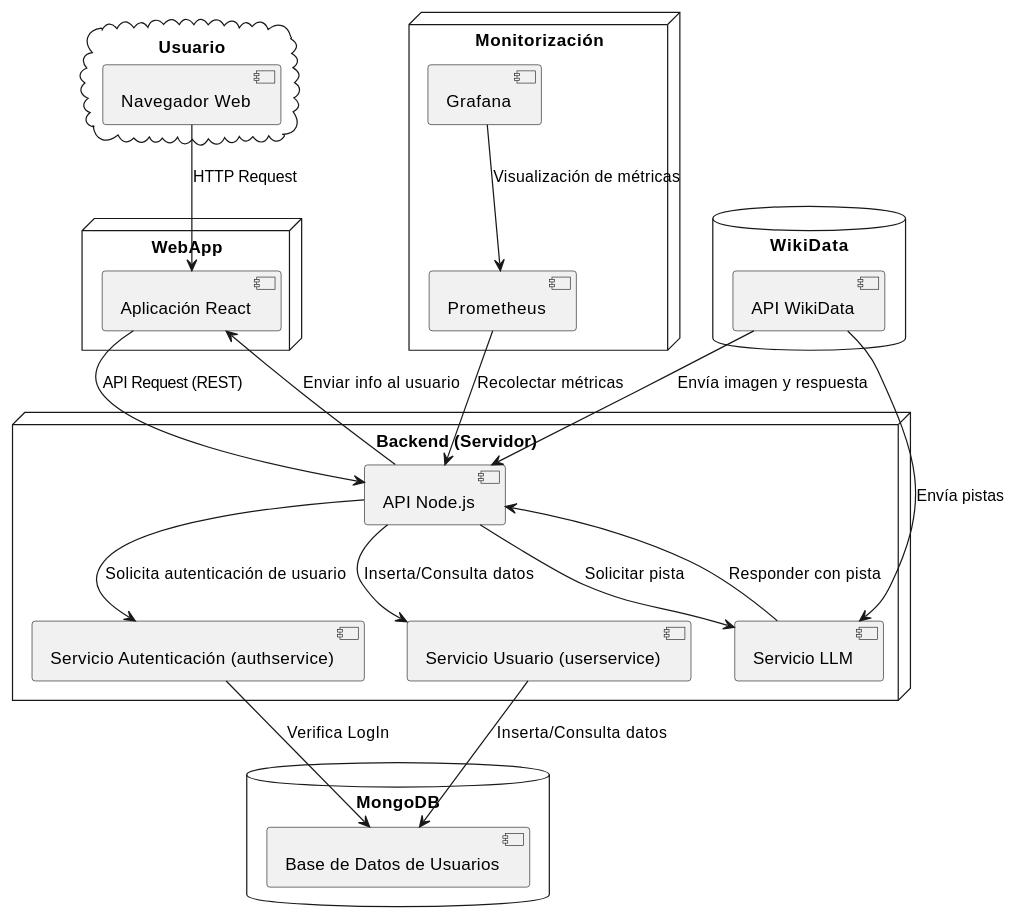
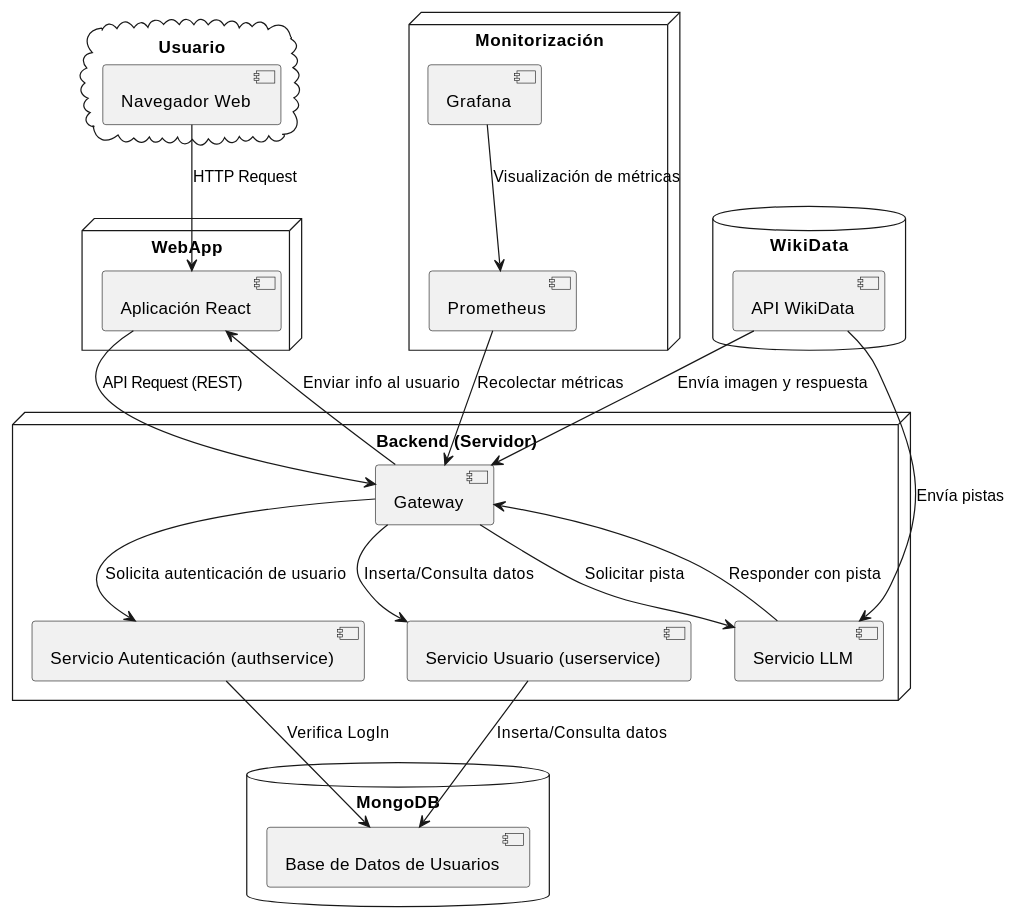
The diagram in docs/src/03_context_and_scope.adoc (JavierSanabriaMiranda/wichat_es4a), drawn with PlantUML before and after one commit. The commit also changed other lines of this file, not shown here.

Commit message:
Cambio de Nombre [API Node.js] -> [Gateway]

```diff
--- a/docs/src/03_context_and_scope.adoc
+++ b/docs/src/03_context_and_scope.adoc
@@ -78,54 +78,54 @@
 [plantuml,diagrama-despliegue,png]
 ----
 @startuml
 skinparam cloudColor LightBlue
 skinparam databaseColor LightGreen
 skinparam nodeColor LightGray
 
 cloud "Usuario" {
     [Navegador Web]
 }
 
 node "WebApp" {
     [Aplicación React]
 }
 
 node "Backend (Servidor)" {
-    [API Node.js]
+    [Gateway]
     [Servicio LLM]
     [Servicio Autenticación (authservice)]
     [Servicio Usuario (userservice)]
 }
 
 database "WikiData" {
     [API WikiData] 
 }
 
 database "MongoDB" {
     [Base de Datos de Usuarios]
 }
 
 node "Monitorización" {
     [Prometheus]
     [Grafana]
 }
 
 
 [Navegador Web] --> [Aplicación React] : HTTP Request
-[Aplicación React] --> [API Node.js] : API Request (REST)
-[API Node.js] --> [Servicio Autenticación (authservice)] : Solicita autenticación de usuario
-[API Node.js] --> [Servicio LLM] : Solicitar pista
-[API Node.js] --> [Servicio Usuario (userservice)] : Inserta/Consulta datos
-[API WikiData] --> [API Node.js] : Envía imagen y respuesta
+[Aplicación React] --> [Gateway] : API Request (REST)
+[Gateway] --> [Servicio Autenticación (authservice)] : Solicita autenticación de usuario
+[Gateway] --> [Servicio LLM] : Solicitar pista
+[Gateway] --> [Servicio Usuario (userservice)] : Inserta/Consulta datos
+[API WikiData] --> [Gateway] : Envía imagen y respuesta
 [API WikiData] --> [Servicio LLM] : Envía pistas
-[Servicio LLM] --> [API Node.js] : Responder con pista
-[API Node.js] --> [Aplicación React] : Enviar info al usuario
+[Servicio LLM] --> [Gateway] : Responder con pista
+[Gateway] --> [Aplicación React] : Enviar info al usuario
 [Servicio Autenticación (authservice)] --> [Base de Datos de Usuarios] : Verifica LogIn
 [Servicio Usuario (userservice)] --> [Base de Datos de Usuarios] : Inserta/Consulta datos
 
 
-[Prometheus] --> [API Node.js] : Recolectar métricas
+[Prometheus] --> [Gateway] : Recolectar métricas
 [Grafana] --> [Prometheus] : Visualización de métricas
 
 @enduml
 ----
```
